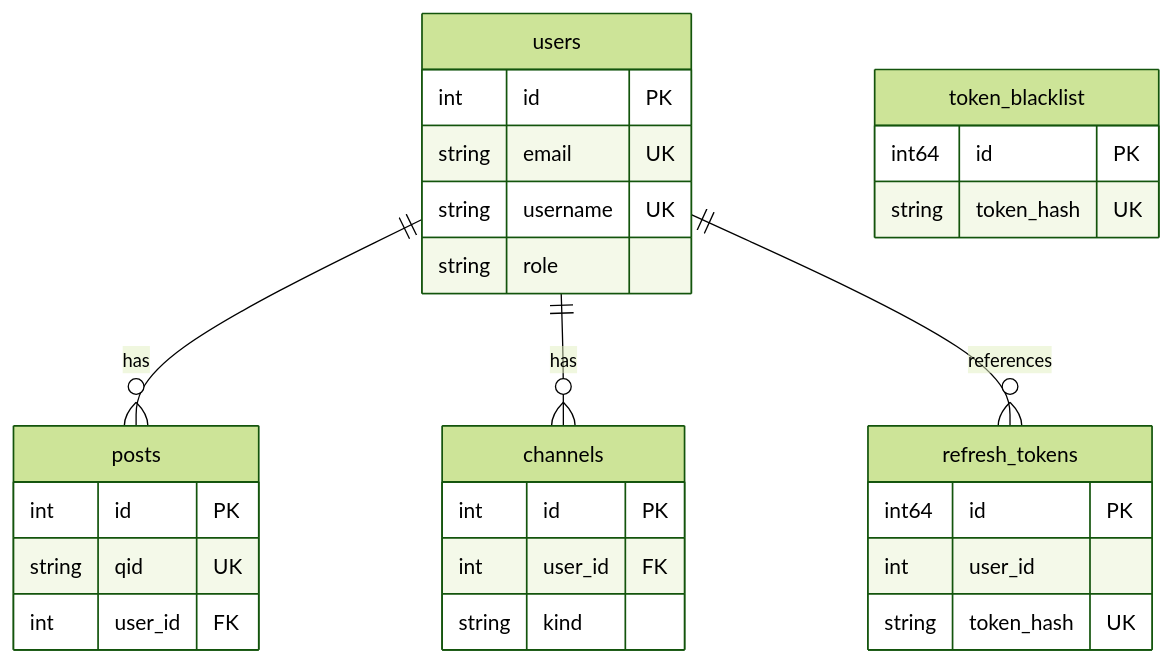
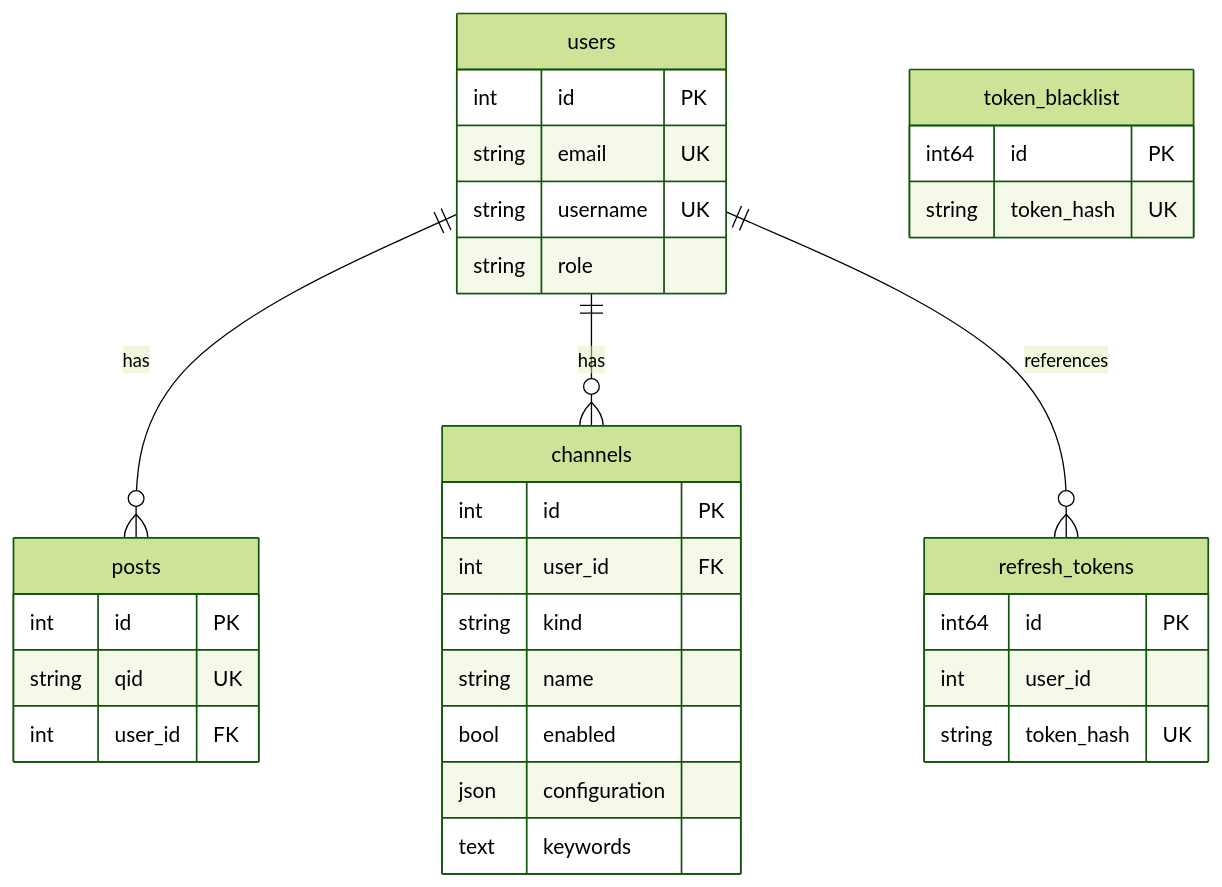
The diagram in specs/backend/database-schema.md (jukanntenn/markpost), drawn with Mermaid (forest theme) before and after one commit. The commit also changed other lines of this file and 24 other files, not shown here.

````diff
--- a/specs/backend/database-schema.md
+++ b/specs/backend/database-schema.md
@@ -7,36 +7,40 @@
 ```mermaid
 erDiagram
     users ||--o{ posts : "has"
     users ||--o{ channels : "has"
     users ||--o{ refresh_tokens : "references"
 
     users {
         int id PK
         string email UK
         string username UK
         string role
     }
 
     posts {
         int id PK
         string qid UK
         int user_id FK
     }
 
     refresh_tokens {
         int64 id PK
         int user_id
         string token_hash UK
     }
 
     token_blacklist {
         int64 id PK
         string token_hash UK
     }
 
     channels {
         int id PK
         int user_id FK
         string kind
+        string name
+        bool enabled
+        json configuration
+        text keywords
     }
 ```
````
